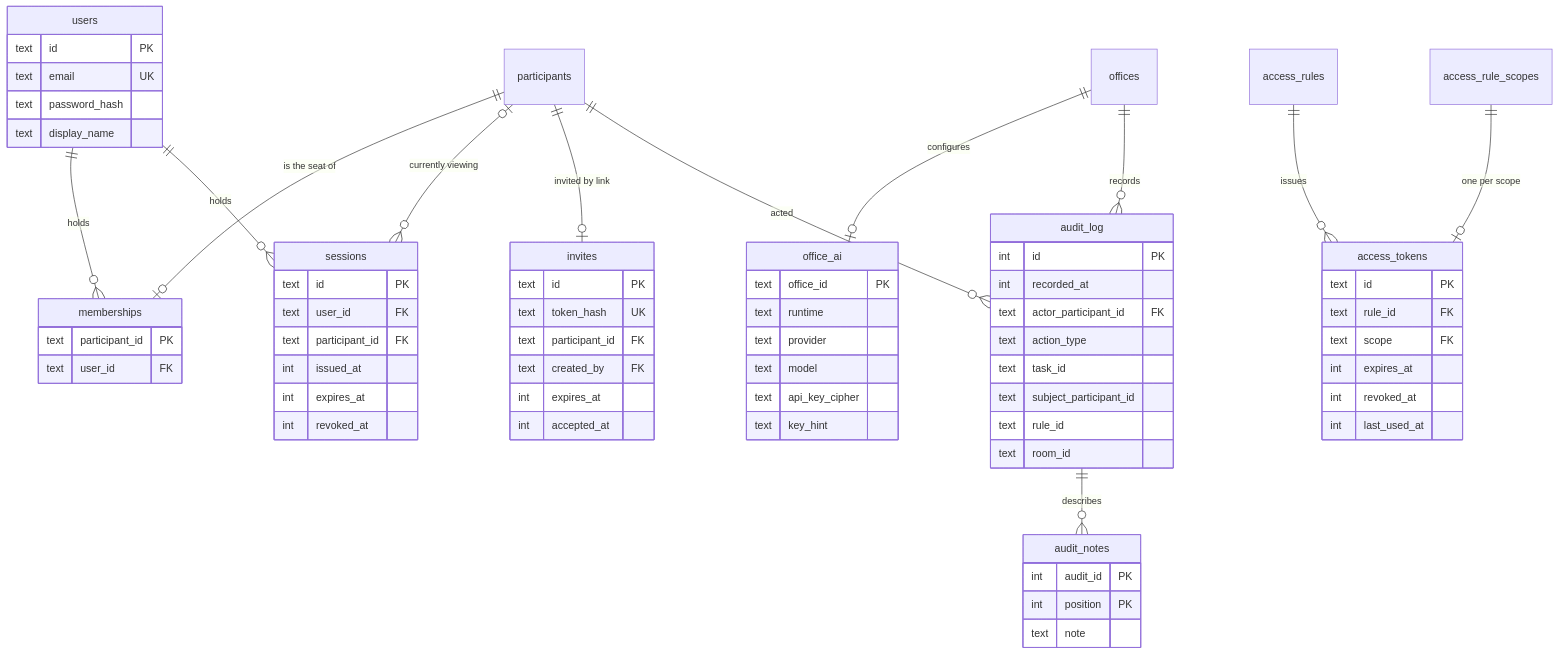
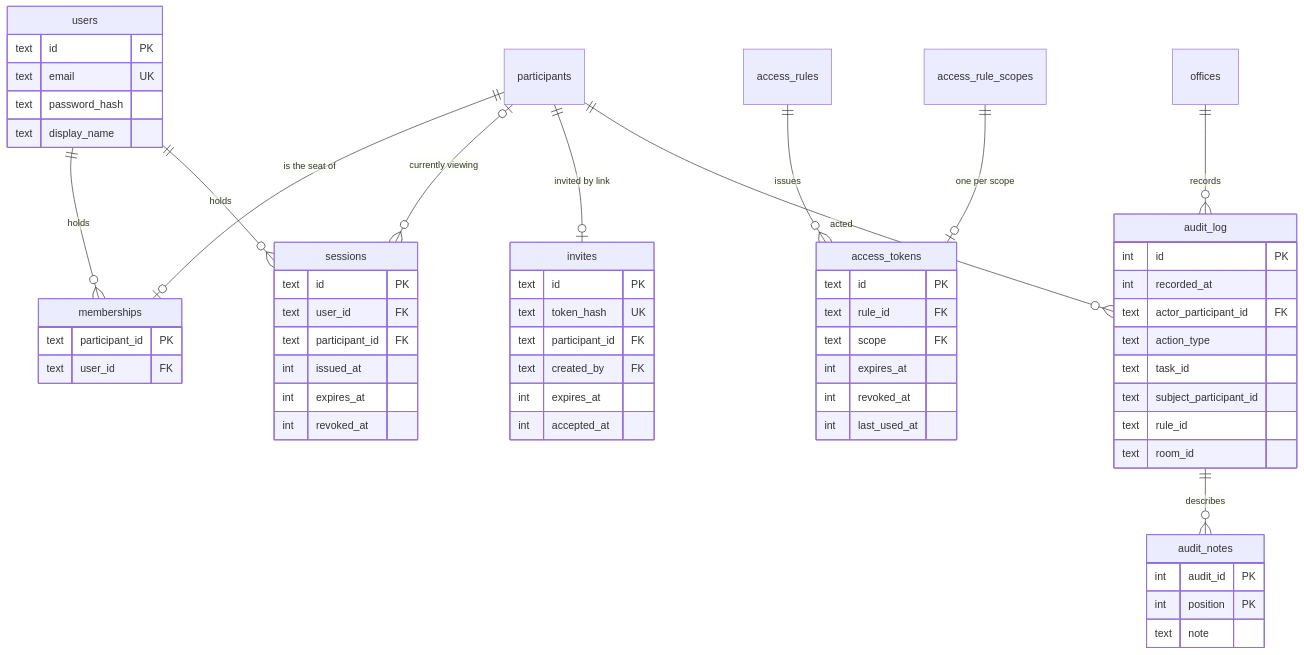
One commit to seyitgkc/ai-virtual-office changed diagram 12 of 13 in README.md. Above: the diagram before and after it, drawn with Mermaid. The commit also changed other lines of this file and 1 other file, not shown here.

````diff
--- a/README.md
+++ b/README.md
@@ -851,72 +998,63 @@
 ```mermaid
 erDiagram
   users ||--o{ memberships : holds
   participants ||--o| memberships : "is the seat of"
   users ||--o{ sessions : holds
   participants o|--o{ sessions : "currently viewing"
-  offices ||--o| office_ai : configures
   participants ||--o| invites : "invited by link"
   access_rules ||--o{ access_tokens : issues
   access_rule_scopes ||--o| access_tokens : "one per scope"
   offices ||--o{ audit_log : records
   participants ||--o{ audit_log : acted
   audit_log ||--o{ audit_notes : describes
 
   users {
     text id PK
     text email UK
     text password_hash
     text display_name
   }
   memberships {
     text participant_id PK
     text user_id FK
   }
   sessions {
     text id PK
     text user_id FK
     text participant_id FK
     int issued_at
     int expires_at
     int revoked_at
-  }
-  office_ai {
-    text office_id PK
-    text runtime
-    text provider
-    text model
-    text api_key_cipher
-    text key_hint
   }
   invites {
     text id PK
     text token_hash UK
     text participant_id FK
     text created_by FK
     int expires_at
     int accepted_at
   }
   access_tokens {
     text id PK
     text rule_id FK
     text scope FK
     int expires_at
     int revoked_at
     int last_used_at
   }
   audit_log {
     int id PK
     int recorded_at
     text actor_participant_id FK
     text action_type
     text task_id
     text subject_participant_id
     text rule_id
     text room_id
   }
   audit_notes {
     int audit_id PK
     int position PK
     text note
   }
 ```
````
